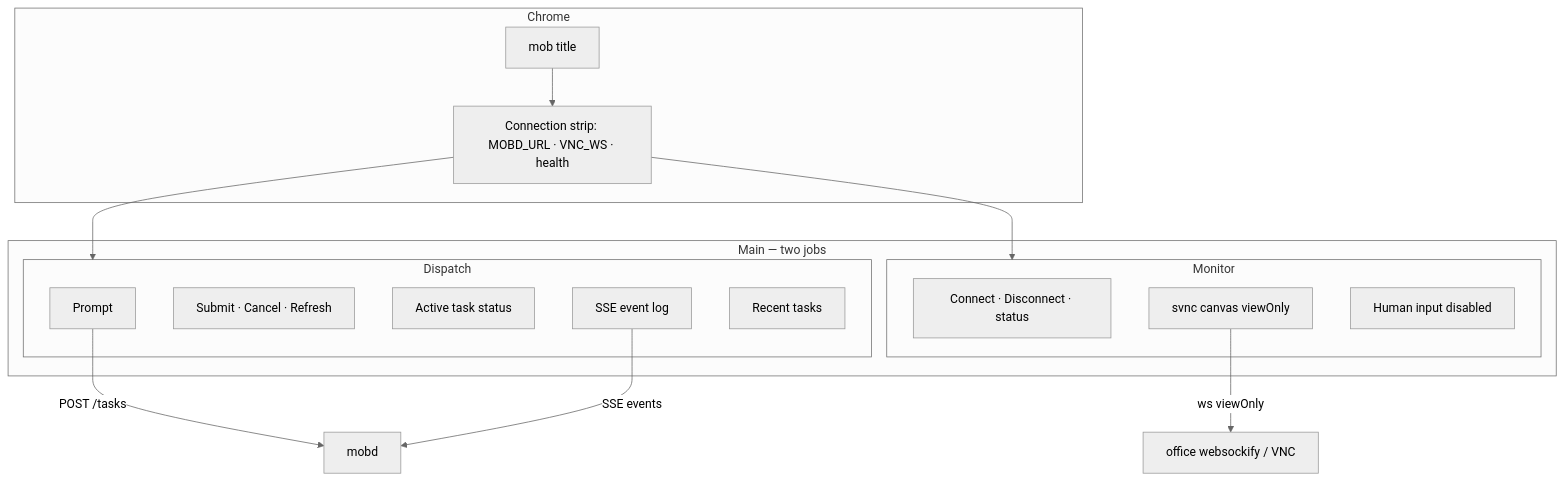
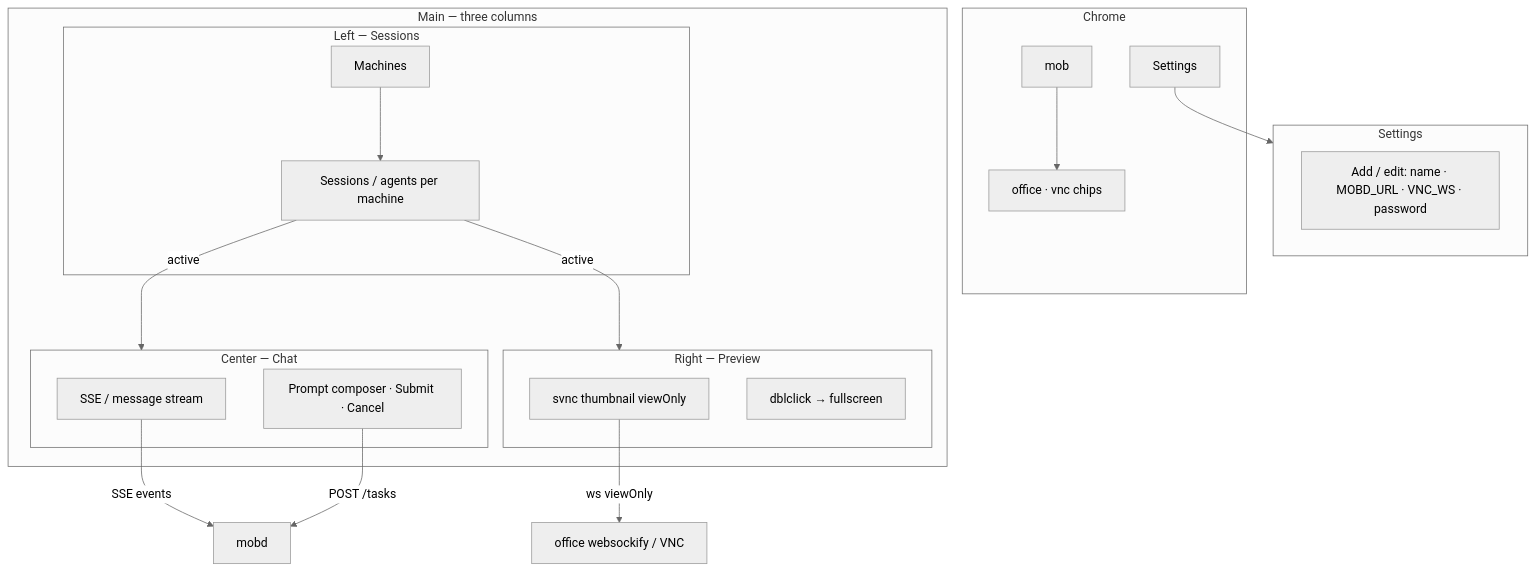
Before and after one commit to CooCoode/mob: the first of 3 diagrams in docs/apps-mob-ui.md, drawn with Mermaid (neutral theme). The commit also changed other lines of this file and 2 other files, not shown here.

First line of the commit message:
docs(apps/mob): Grok-like three-column IA

````diff
--- a/docs/apps-mob-ui.md
+++ b/docs/apps-mob-ui.md
@@ -25,29 +28,36 @@
 ```mermaid
 flowchart TB
   subgraph chrome [Chrome]
-    Brand[mob title]
-    Conn[Connection strip: MOBD_URL · VNC_WS · health]
+    Brand[mob]
+    Status[office · vnc chips]
+    Gear[Settings]
   end
 
-  subgraph main [Main — two jobs]
-    subgraph dispatch [Dispatch]
-      Prompt[Prompt]
-      Actions[Submit · Cancel · Refresh]
-      Meta[Active task status]
-      Log[SSE event log]
-      Recent[Recent tasks]
+  subgraph main [Main — three columns]
+    subgraph left [Left — Sessions]
+      Machines[Machines]
+      Sessions[Sessions / agents per machine]
     end
-    subgraph monitor [Monitor]
-      VncBar[Connect · Disconnect · status]
-      Screen[svnc canvas viewOnly]
-      Hint[Human input disabled]
+    subgraph center [Center — Chat]
+      Stream[SSE / message stream]
+      Composer[Prompt composer · Submit · Cancel]
+    end
+    subgraph right [Right — Preview]
+      Thumb[svnc thumbnail viewOnly]
+      Expand[dblclick → fullscreen]
     end
   end
 
-  Brand --> Conn
-  Conn --> dispatch
-  Conn --> monitor
-  Prompt -->|POST /tasks| Mobd[mobd]
-  Log -->|SSE events| Mobd
-  Screen -->|ws viewOnly| Bridge[office websockify / VNC]
+  subgraph settings [Settings]
+    MachineForm[Add / edit: name · MOBD_URL · VNC_WS · password]
+  end
+
+  Brand --> Status
+  Gear --> settings
+  Machines --> Sessions
+  Sessions -->|active| center
+  Sessions -->|active| right
+  Composer -->|POST /tasks| Mobd[mobd]
+  Stream -->|SSE events| Mobd
+  Thumb -->|ws viewOnly| Bridge[office websockify / VNC]
 ```
````
